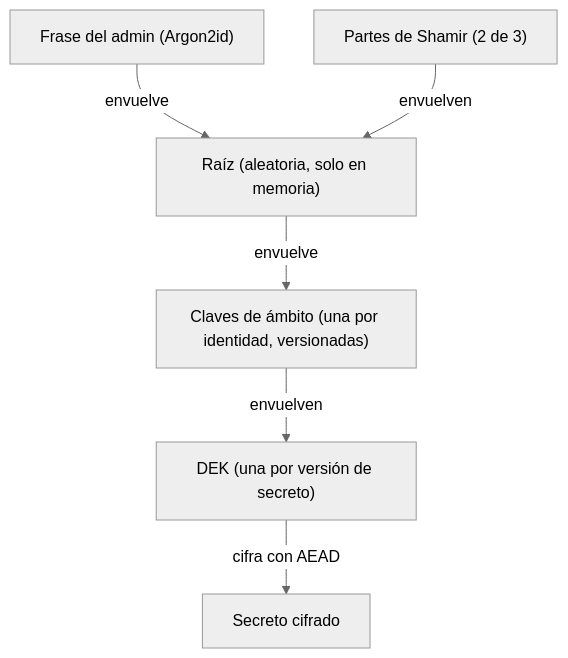
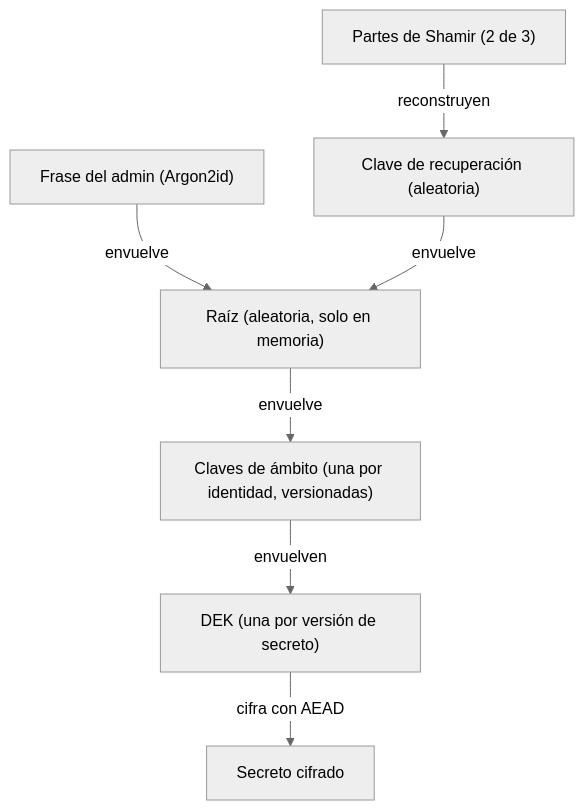
One commit to xandro30/Cerbero changed the second of 7 diagrams in docs/hecate.md. Above: the diagram before and after it, drawn with Mermaid (neutral theme). The commit also changed other lines of this file and 74 other files, not shown here.

````diff
--- a/docs/hecate.md
+++ b/docs/hecate.md
@@ -67,8 +67,9 @@
 ```mermaid
 flowchart TB
     Frase["Frase del admin (Argon2id)"] -- envuelve --> Raiz
-    Shamir["Partes de Shamir (2 de 3)"] -- envuelven --> Raiz
+    Shamir["Partes de Shamir (2 de 3)"] -- reconstruyen --> Recup["Clave de recuperación (aleatoria)"]
+    Recup -- envuelve --> Raiz
     Raiz["Raíz (aleatoria, solo en memoria)"] -- envuelve --> Ambito["Claves de ámbito (una por identidad, versionadas)"]
     Ambito -- envuelven --> DEK["DEK (una por versión de secreto)"]
     DEK -- "cifra con AEAD" --> Dato["Secreto cifrado"]
 ```
````
